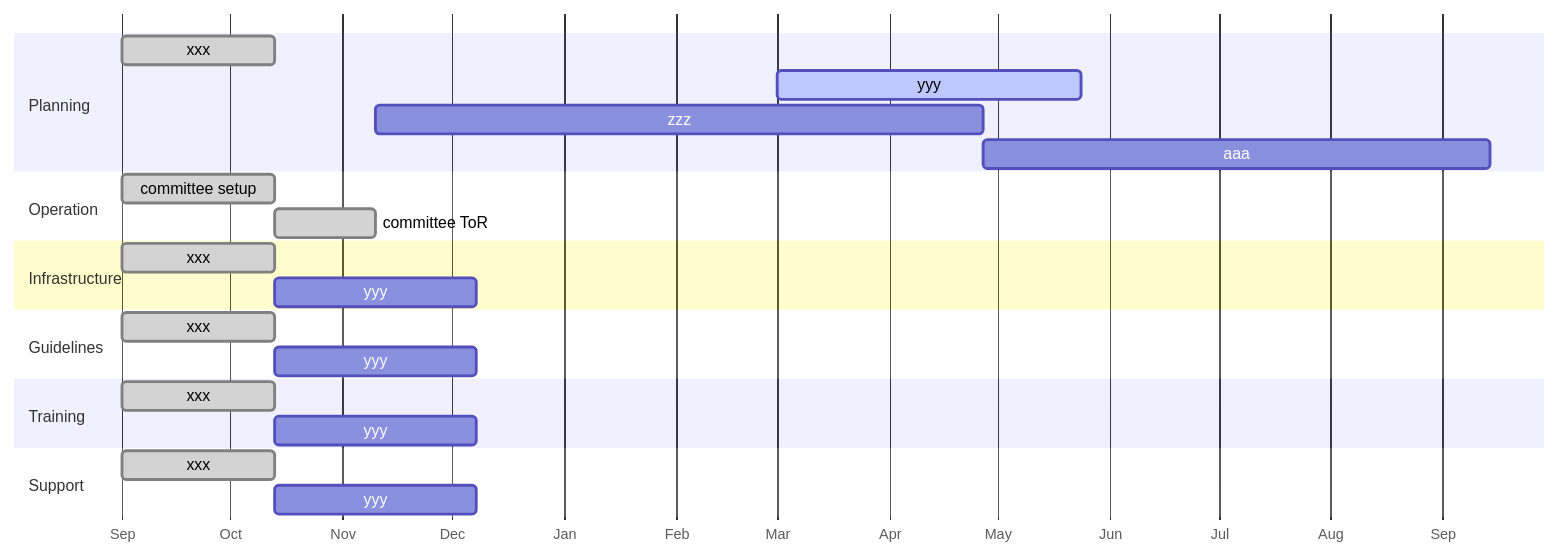
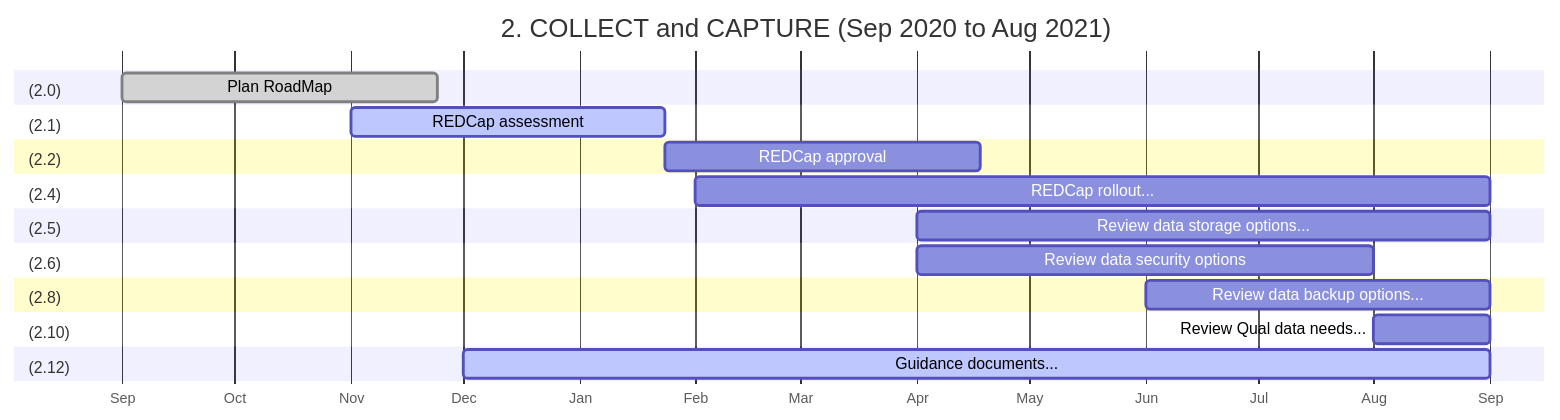
Before and after one commit to ianhambleton/website-rdh-version1: the second of 7 diagrams in content/home/roadmap.md, drawn with Mermaid. The commit also changed other lines of this file and 7 other files, not shown here.

````diff
--- a/content/home/roadmap.md
+++ b/content/home/roadmap.md
@@ -34,38 +83,27 @@
 ```mermaid
 gantt
+  title 2. COLLECT and CAPTURE (Sep 2020 to Aug 2021)
   dateFormat  YYYY-M
   axisFormat  %b
   todayMarker stroke-width:5px,stroke:#fb2d50,opacity:0.25
 
-  %% section 1 - planning
-  section Planning
-  xxx     :done ,   task-a, 2020-9, 6w
-  yyy               :active,  task-b, 2021-3, 12w
-  zzz            :         task-c, after task-b, 24w
-  aaa            :         task-d, after task-c, 20w
-
-  %% section 2 - operations
-  section Operation
-  committee setup     :done ,   task-a, 2020-9, 6w
-  committee ToR       :done ,   task-b, after task-a, 4w
-
-  %% section 3 - infrastructure
-  section Infrastructure
-  xxx     :done ,   task-a, 2020-9, 6w
-  yyy      : 8w
-  
-  %% section 4 - guidelines
-  section Guidelines
-  xxx     :done ,   task-a, 2020-9, 6w
-  yyy      : 8w
-
-  %% section 5 - training
-  section Training
-  xxx     :done ,   task-a, 2020-9, 6w
-  yyy      : 8w  
-  
-  %% section 6 - support
-  section Support
-  xxx     :done ,   task-a, 2020-9, 6w
-  yyy      : 8w  
+  %% section 2 - COLLECT and CAPTURE (PHASE 0)
+  section (2.0)
+  Plan RoadMap                  : done , a2-0, 2020-09, 12w
+  section (2.1)
+  REDCap assessment             : active, a2-1, 2020-11, 12w
+  section (2.2)
+  REDCap approval                : a2-2, after a2-1, 12w
+  section (2.4)
+  REDCap rollout...                : a2-4, 2021-2, 2021-9
+  section (2.5)
+  Review data storage options...   : a2-5, 2021-4 , 2021-9
+  section (2.6)
+  Review data security options  : a2-6, 2021-4 , 2021-8
+  section (2.8)
+  Review data backup options...    : a2-8, 2021-6 , 2021-9
+  section (2.10)
+  Review Qual data needs...       : a2-10, 2021-8 , 2021-9
+  section (2.12)
+  Guidance documents...         : active, a2-12, 2020-12, 2021-9
   ```
````
